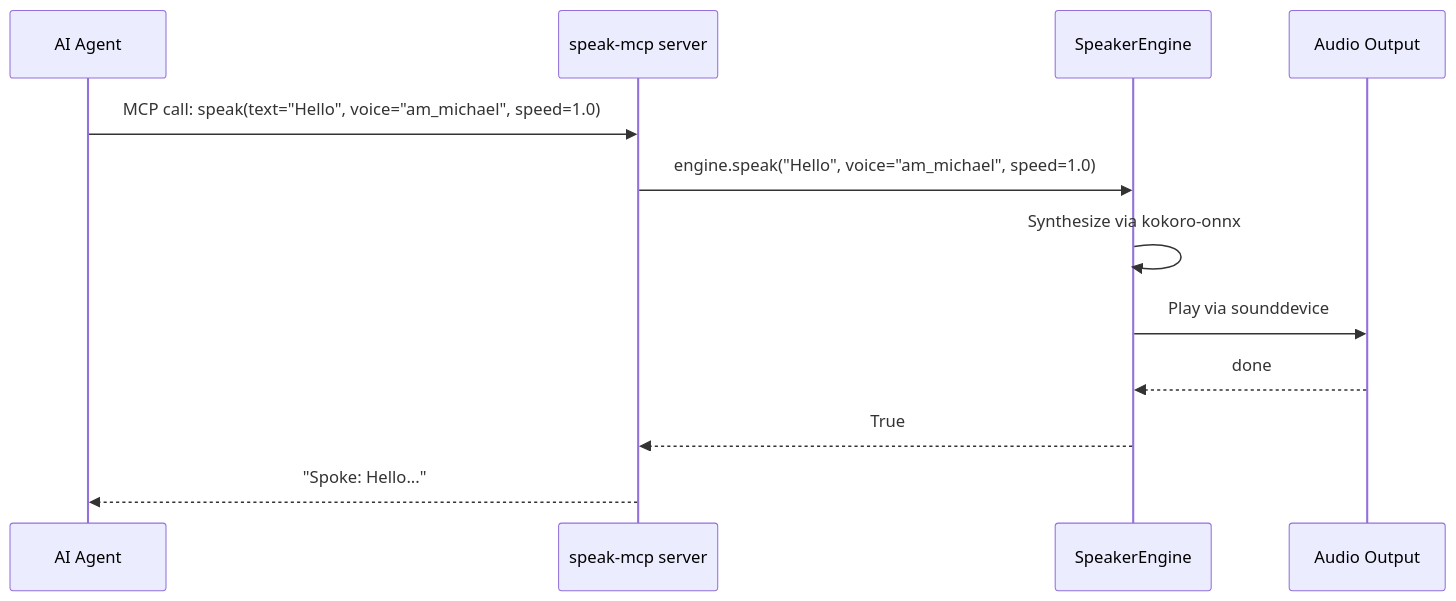
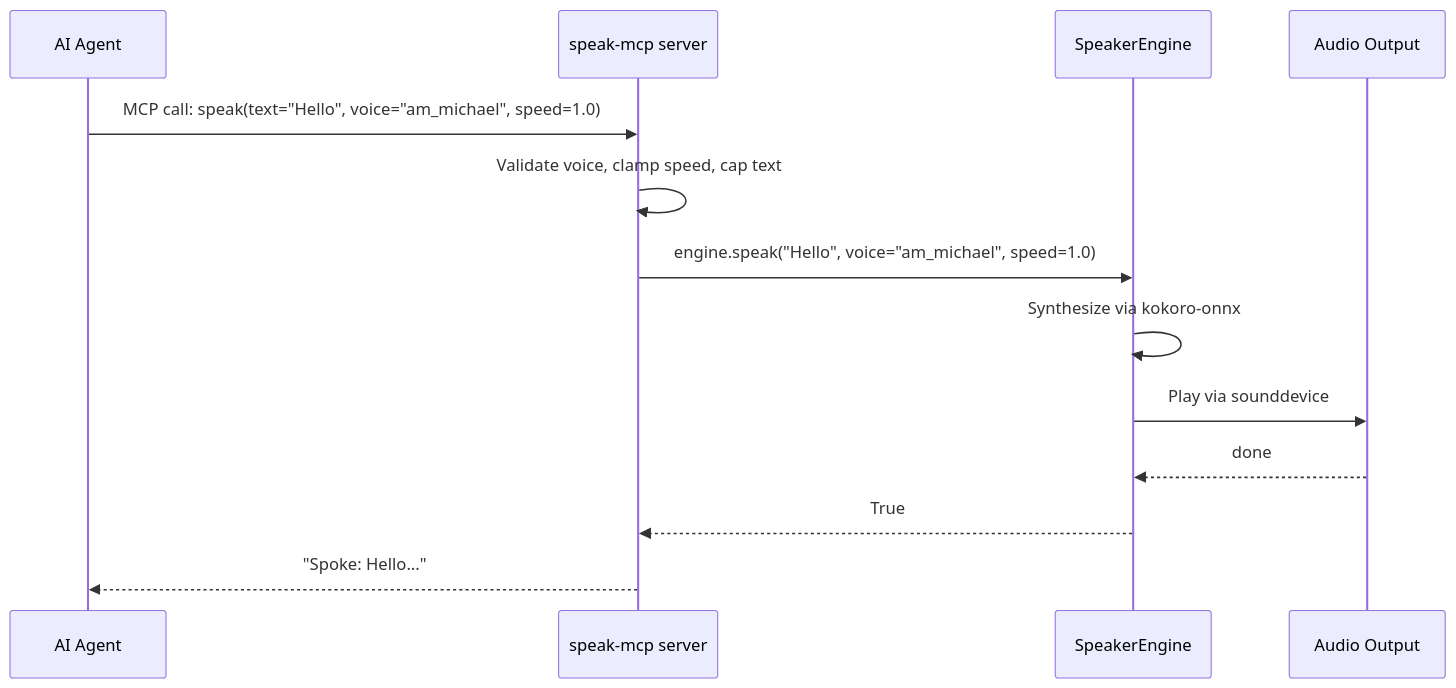
The diagram in docs/mcp.md (NetDevAutomate/Agent-Speaker), drawn with Mermaid before and after one commit. The commit also changed other lines of this file and 11 other files, not shown here.

First line of the commit message:
refactor: remove CLI, MCP-only architecture

````diff
--- a/docs/mcp.md
+++ b/docs/mcp.md
@@ -11,15 +11,16 @@
 ```mermaid
 sequenceDiagram
     participant Agent as AI Agent
     participant MCP as speak-mcp server
     participant Engine as SpeakerEngine
     participant Audio as Audio Output
 
     Agent->>MCP: MCP call: speak(text="Hello", voice="am_michael", speed=1.0)
+    MCP->>MCP: Validate voice, clamp speed, cap text
     MCP->>Engine: engine.speak("Hello", voice="am_michael", speed=1.0)
     Engine->>Engine: Synthesize via kokoro-onnx
     Engine->>Audio: Play via sounddevice
     Audio-->>Engine: done
     Engine-->>MCP: True
     MCP-->>Agent: "Spoke: Hello..."
 ```
````
